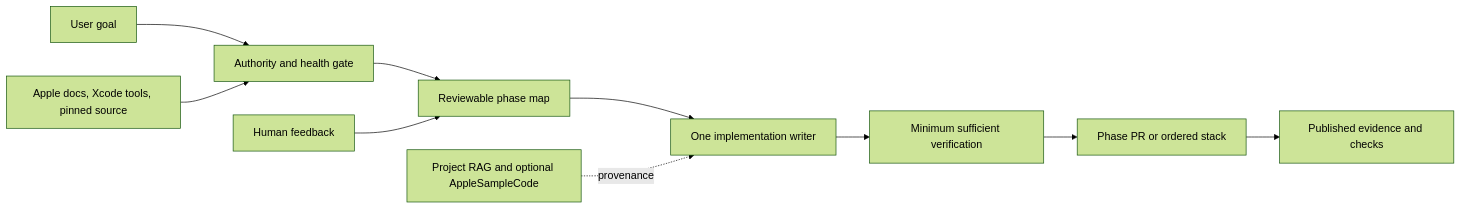
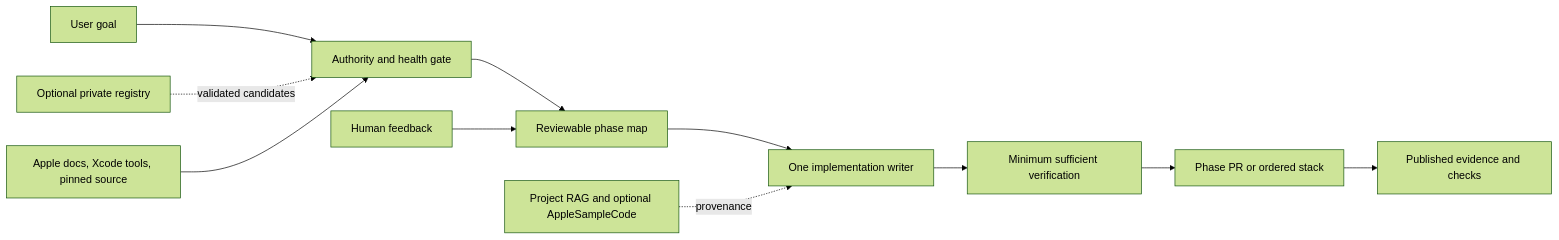
One commit to ShawnBaek/ai-workflow-apple-platform-engineer changed the diagram in README.md. Above: the diagram before and after it, drawn with Mermaid (forest theme). The commit also changed other lines of this file and 16 other files, not shown here.

````diff
--- a/README.md
+++ b/README.md
@@ -91,12 +98,13 @@
 ```mermaid
 flowchart LR
     G[User goal] --> A[Authority and health gate]
+    Q[Optional private registry] -. validated candidates .-> A
     A --> P[Reviewable phase map]
     P --> W[One implementation writer]
     W --> V[Minimum sufficient verification]
     V --> R[Phase PR or ordered stack]
     R --> E[Published evidence and checks]
     O[Apple docs, Xcode tools, pinned source] --> A
     K[Project RAG and optional AppleSampleCode] -. provenance .-> W
     F[Human feedback] --> P
 ```
````
